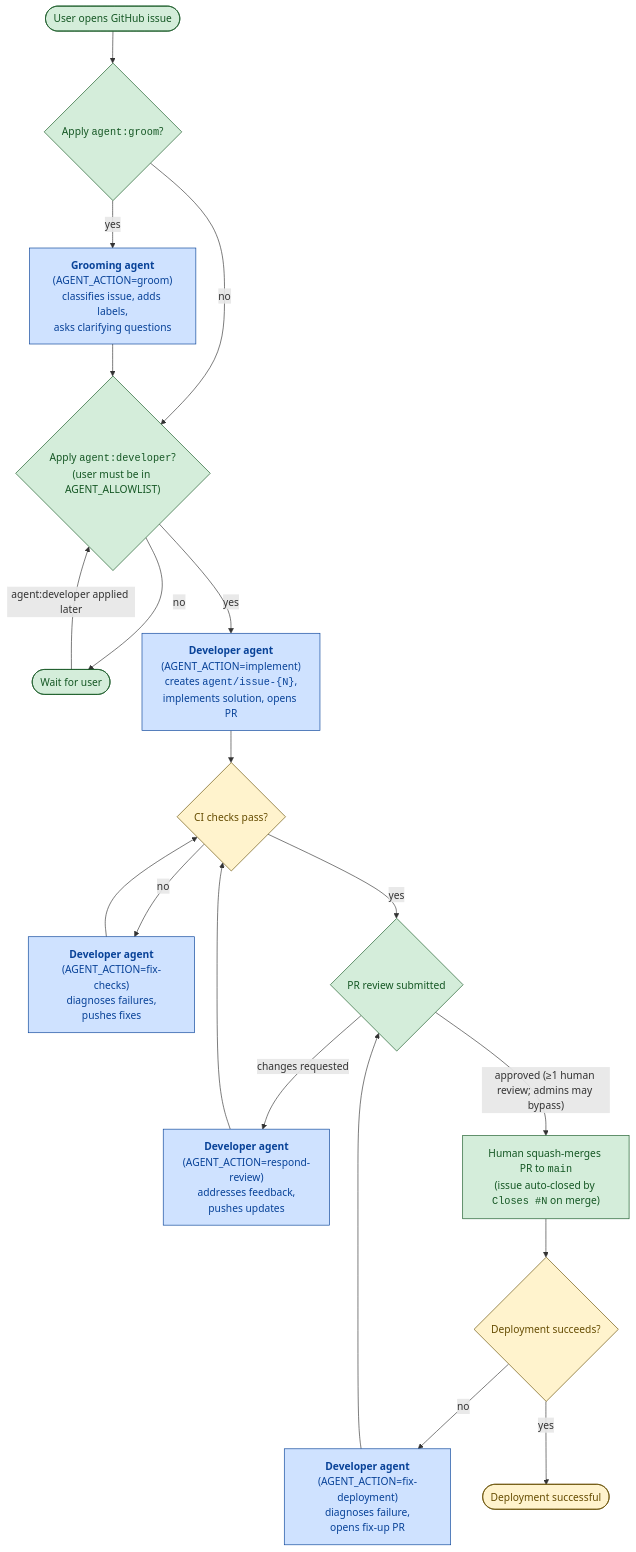
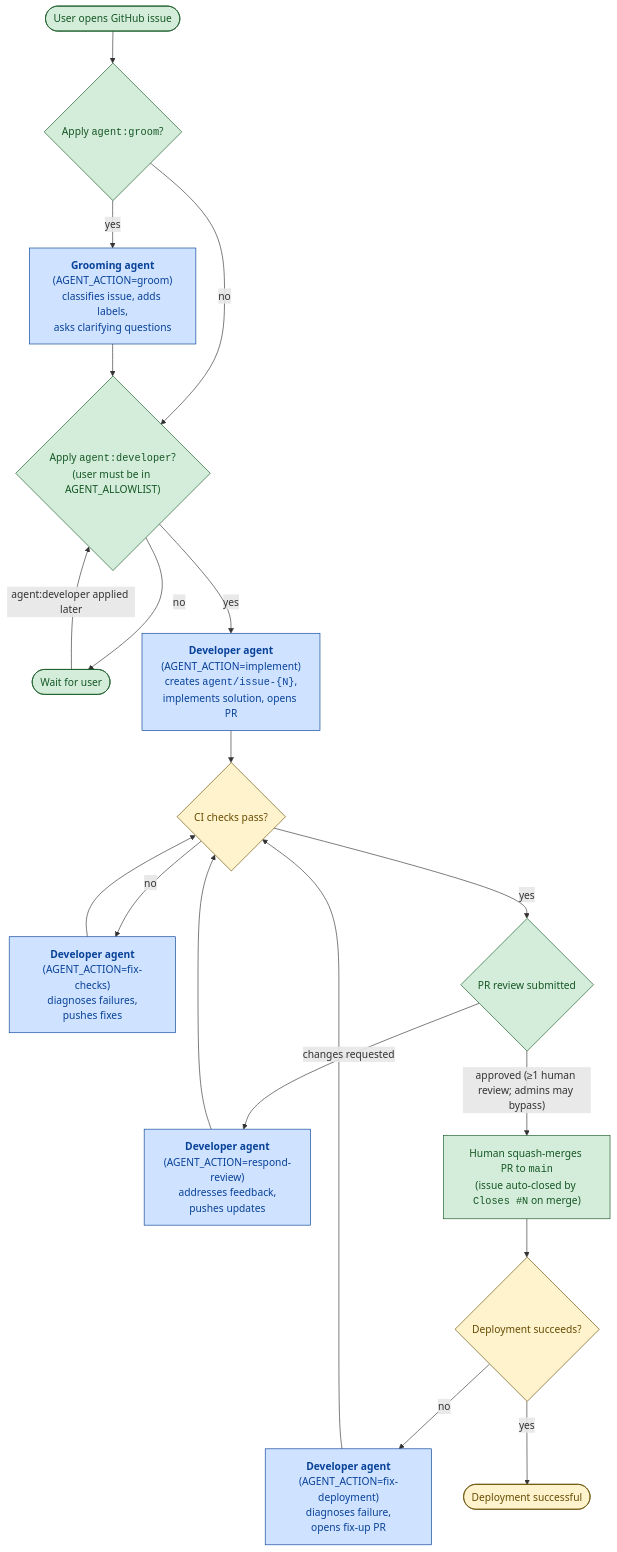
Before and after one commit to mfrancza/agentic-development-workflow: the diagram in README.md, drawn with Mermaid. The commit also changed other lines of this file, not shown here.

Commit message:
Fix fix-deployment flow: route back to CI checks instead of Review
The fix-deployment path was routing FixDeploy --> Review, but since
fix-deployment opens a new PR it goes through the same CI → review →
merge lifecycle (including the fix-checks loop). Route FixDeploy --> CI
in the diagram and update the note to match.

````diff
--- a/README.md
+++ b/README.md
@@ -26,32 +26,32 @@
 ```mermaid
 flowchart TD
     Start([User opens GitHub issue]):::human --> GroomLabel{"Apply <code>agent:groom</code>?"}:::human
 
     GroomLabel -- "yes" --> Groom["<b>Grooming agent</b><br/>(AGENT_ACTION=groom)<br/>classifies issue, adds labels,<br/>asks clarifying questions"]:::agent
     GroomLabel -- "no" --> DevLabel
     Groom --> DevLabel{"Apply <code>agent:developer</code>?<br/>(user must be in AGENT_ALLOWLIST)"}:::human
 
     DevLabel -- "no" --> Wait([Wait for user]):::human
     Wait -- "agent:developer applied later" --> DevLabel
     DevLabel -- "yes" --> Implement["<b>Developer agent</b><br/>(AGENT_ACTION=implement)<br/>creates <code>agent/issue-{N}</code>,<br/>implements solution, opens PR"]:::agent
 
     Implement --> CI{"CI checks pass?"}:::system
     CI -- "no" --> FixChecks["<b>Developer agent</b><br/>(AGENT_ACTION=fix-checks)<br/>diagnoses failures,<br/>pushes fixes"]:::agent
     FixChecks --> CI
 
     CI -- "yes" --> Review{"PR review submitted"}:::human
     Review -- "changes requested" --> Respond["<b>Developer agent</b><br/>(AGENT_ACTION=respond-review)<br/>addresses feedback,<br/>pushes updates"]:::agent
     Respond --> CI
 
     Review -- "approved (≥1 human review; admins may bypass)" --> Merge["Human squash-merges PR to <code>main</code><br/>(issue auto-closed by <code>Closes #N</code> on merge)"]:::human
     Merge --> Deploy{"Deployment succeeds?"}:::system
 
     Deploy -- "no" --> FixDeploy["<b>Developer agent</b><br/>(AGENT_ACTION=fix-deployment)<br/>diagnoses failure,<br/>opens fix-up PR"]:::agent
-    FixDeploy --> Review
+    FixDeploy --> CI
 
     Deploy -- "yes" --> Done([Deployment successful]):::system
 
     classDef human fill:#d4edda,stroke:#155724,color:#155724
     classDef agent fill:#cfe2ff,stroke:#084298,color:#084298
     classDef system fill:#fff3cd,stroke:#664d03,color:#664d03
 ```
````
